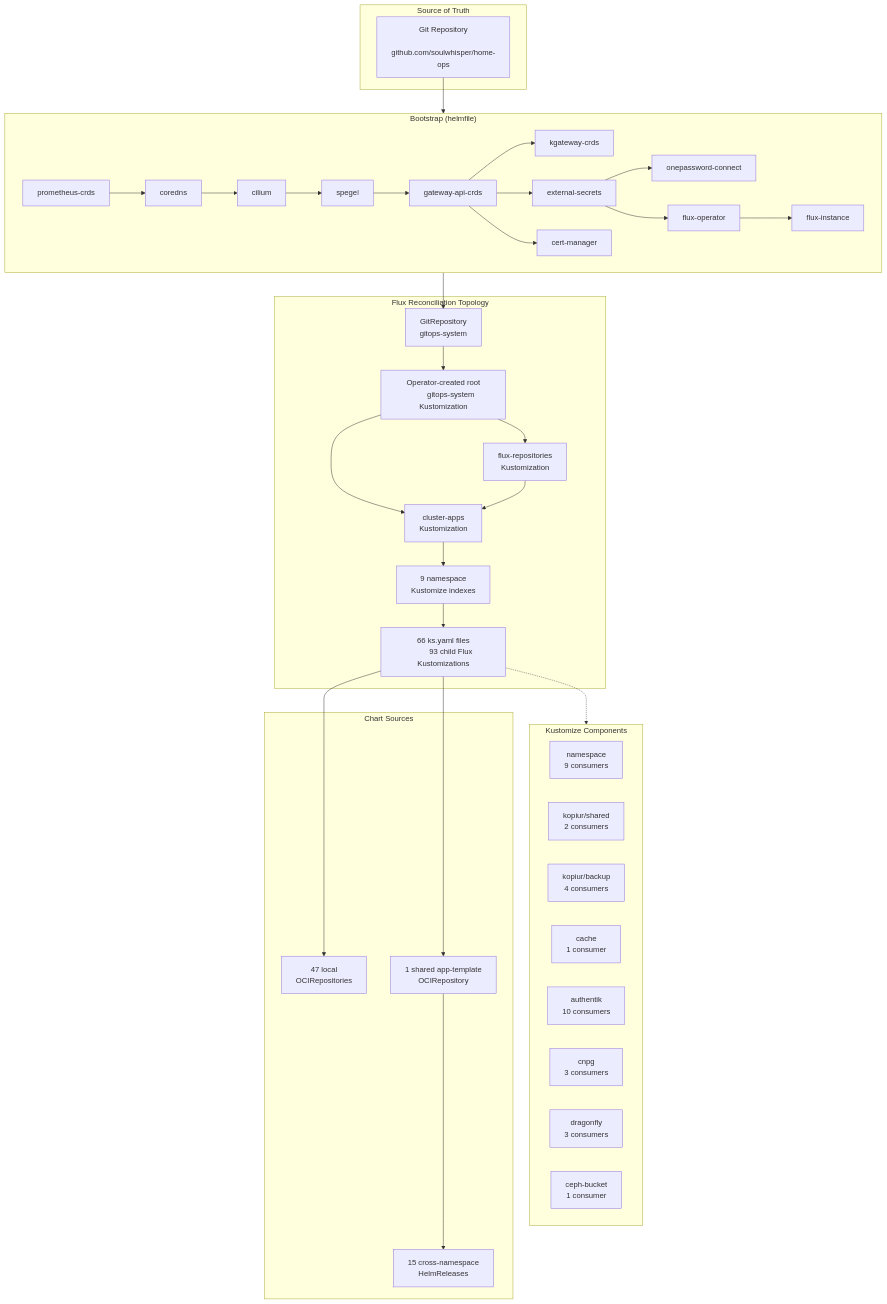
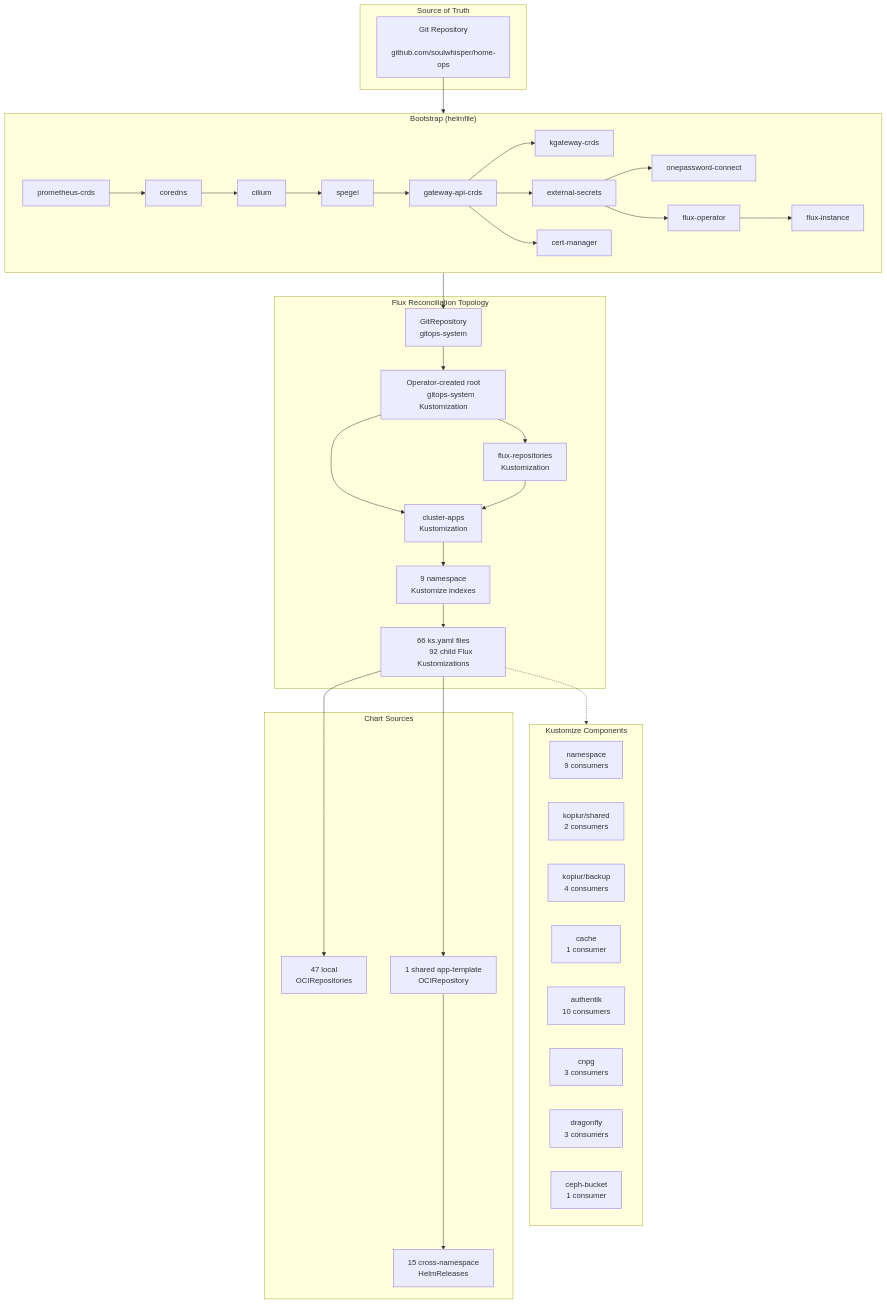
The diagram in docs/infrastructure/kubernetes.md (soulwhisper/home-ops), drawn with Mermaid before and after one commit. The commit also changed other lines of this file and 5 other files, not shown here.

````diff
--- a/docs/infrastructure/kubernetes.md
+++ b/docs/infrastructure/kubernetes.md
@@ -12,71 +12,71 @@
 ```mermaid
 flowchart TB
     subgraph Source["Source of Truth"]
         GIT["Git Repository
         github.com/soulwhisper/home-ops"]
     end
 
     subgraph Bootstrap["Bootstrap (helmfile)"]
         direction LR
         B1["prometheus-crds"] --> B2["coredns"]
         B2 --> B3["cilium"]
         B3 --> B4["spegel"]
         B4 --> B5["gateway-api-crds"]
         B5 --> B6["kgateway-crds"]
         B5 --> B7["external-secrets"]
         B5 --> B8["cert-manager"]
         B7 --> B9["onepassword-connect"]
         B7 --> B11["flux-operator"]
         B11 --> B12["flux-instance"]
     end
 
     subgraph FluxTopo["Flux Reconciliation Topology"]
         GR["GitRepository
         gitops-system"] --> ROOT["Operator-created root
         gitops-system Kustomization"]
         ROOT --> FR["flux-repositories
         Kustomization"]
         ROOT --> CA["cluster-apps
         Kustomization"]
         FR --> CA
         CA --> NS["9 namespace
         Kustomize indexes"]
         NS --> APPS["66 ks.yaml files
-        93 child Flux Kustomizations"]
+        92 child Flux Kustomizations"]
     end
 
     subgraph Components["Kustomize Components"]
         NS_COMP["namespace
         9 consumers"]
         KOPIUR_SECRET["kopiur/shared
         2 consumers"]
         KOPIUR_BACKUP["kopiur/backup
         4 consumers"]
         CACHE["cache
         1 consumer"]
         AUTHENTIK["authentik
         10 consumers"]
         CNPG["cnpg
         3 consumers"]
         DRAGONFLY["dragonfly
         3 consumers"]
         CEPH["ceph-bucket
         1 consumer"]
     end
 
     subgraph Charts["Chart Sources"]
         OCI_OWN["47 local
         OCIRepositories"]
         OCI_TPL["1 shared app-template
         OCIRepository"]
         CROSS["15 cross-namespace
         HelmReleases"]
     end
 
     GIT --> Bootstrap
     Bootstrap --> GR
     APPS -.-> Components
     APPS --> OCI_OWN
     APPS --> OCI_TPL
     OCI_TPL --> CROSS
 ```
````
